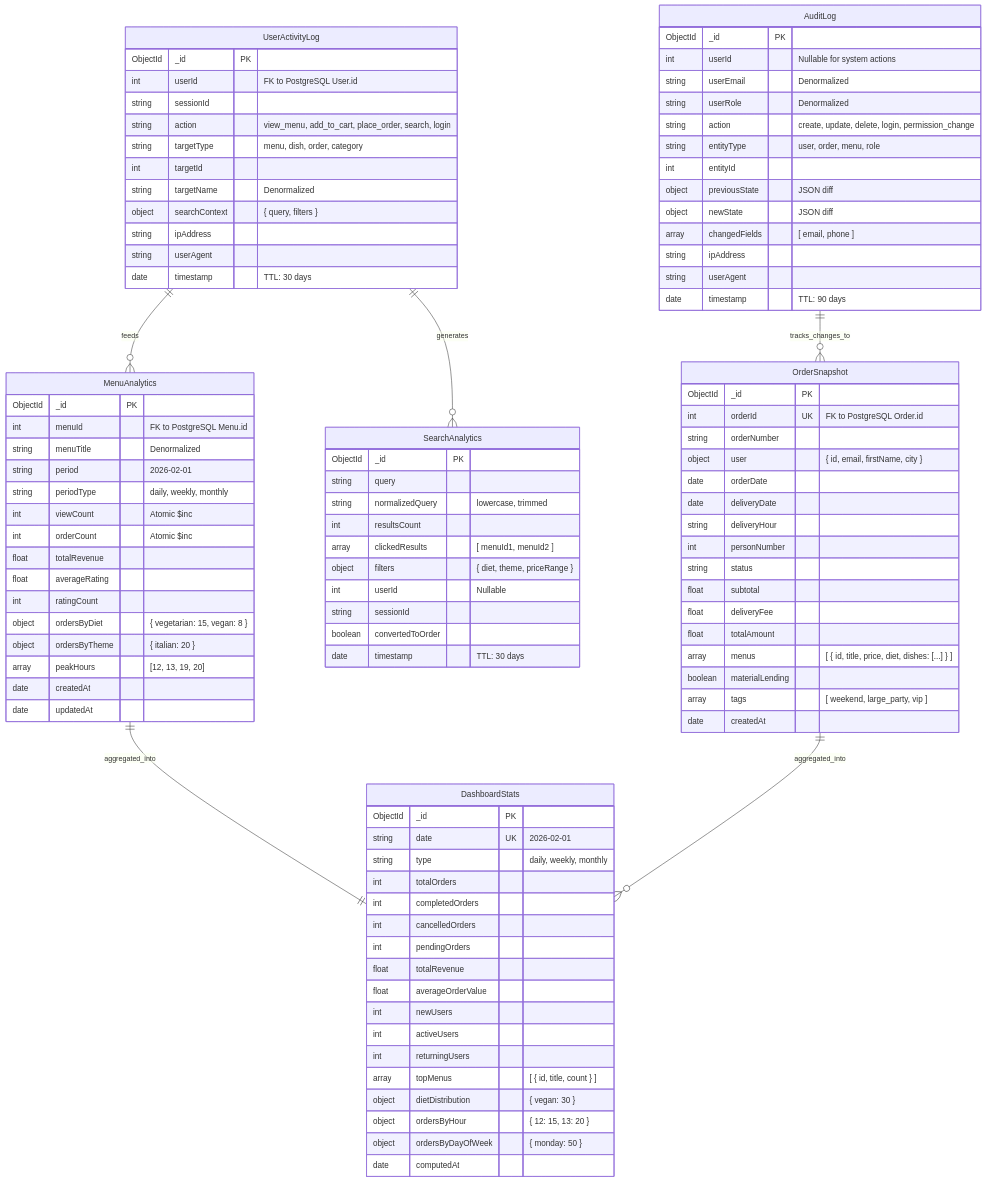
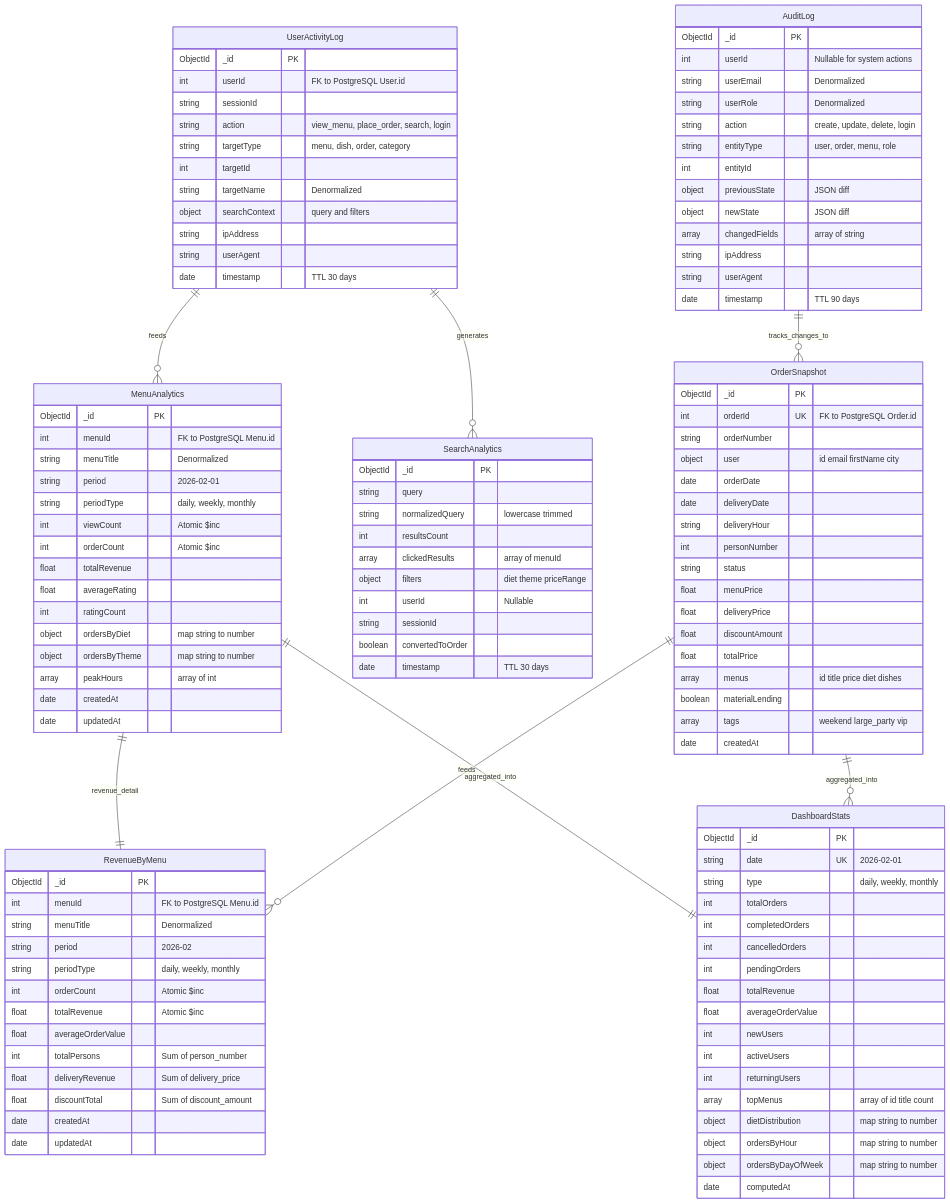
Before and after one commit to LESdylan/vite-gourmand: the diagram in docs/diagrams/nosql_database.md, drawn with Mermaid. The commit also changed other lines of this file and 13 other files, not shown here.

````diff
--- a/docs/diagrams/nosql_database.md
+++ b/docs/diagrams/nosql_database.md
@@ -53,9 +54,25 @@
         float totalRevenue
         float averageRating
         int ratingCount
-        object ordersByDiet "{ vegetarian: 15, vegan: 8 }"
-        object ordersByTheme "{ italian: 20 }"
-        array peakHours "[12, 13, 19, 20]"
+        object ordersByDiet "map string to number"
+        object ordersByTheme "map string to number"
+        array peakHours "array of int"
+        date createdAt
+        date updatedAt
+    }
+
+    RevenueByMenu {
+        ObjectId _id PK
+        int menuId "FK to PostgreSQL Menu.id"
+        string menuTitle "Denormalized"
+        string period "2026-02"
+        string periodType "daily, weekly, monthly"
+        int orderCount "Atomic $inc"
+        float totalRevenue "Atomic $inc"
+        float averageOrderValue
+        int totalPersons "Sum of person_number"
+        float deliveryRevenue "Sum of delivery_price"
+        float discountTotal "Sum of discount_amount"
         date createdAt
         date updatedAt
     }
@@ -73,24 +90,24 @@
         int newUsers
         int activeUsers
         int returningUsers
-        array topMenus "[ { id, title, count } ]"
-        object dietDistribution "{ vegan: 30 }"
-        object ordersByHour "{ 12: 15, 13: 20 }"
-        object ordersByDayOfWeek "{ monday: 50 }"
+        array topMenus "array of id title count"
+        object dietDistribution "map string to number"
+        object ordersByHour "map string to number"
+        object ordersByDayOfWeek "map string to number"
         date computedAt
     }
 
     SearchAnalytics {
         ObjectId _id PK
         string query
-        string normalizedQuery "lowercase, trimmed"
+        string normalizedQuery "lowercase trimmed"
         int resultsCount
-        array clickedResults "[ menuId1, menuId2 ]"
-        object filters "{ diet, theme, priceRange }"
+        array clickedResults "array of menuId"
+        object filters "diet theme priceRange"
         int userId "Nullable"
         string sessionId
         boolean convertedToOrder
-        date timestamp "TTL: 30 days"
+        date timestamp "TTL 30 days"
     }
 
     %% ========================================
@@ -101,14 +118,14 @@
         ObjectId _id PK
         int userId "FK to PostgreSQL User.id"
         string sessionId
-        string action "view_menu, add_to_cart, place_order, search, login"
+        string action "view_menu, place_order, search, login"
         string targetType "menu, dish, order, category"
         int targetId
         string targetName "Denormalized"
-        object searchContext "{ query, filters }"
+        object searchContext "query and filters"
         string ipAddress
         string userAgent
-        date timestamp "TTL: 30 days"
+        date timestamp "TTL 30 days"
     }
 
     %% ========================================
@@ -120,15 +137,15 @@
         int userId "Nullable for system actions"
         string userEmail "Denormalized"
         string userRole "Denormalized"
-        string action "create, update, delete, login, permission_change"
+        string action "create, update, delete, login"
         string entityType "user, order, menu, role"
         int entityId
         object previousState "JSON diff"
         object newState "JSON diff"
-        array changedFields "[ email, phone ]"
+        array changedFields "array of string"
         string ipAddress
         string userAgent
-        date timestamp "TTL: 90 days"
+        date timestamp "TTL 90 days"
     }
 
     %% ========================================
@@ -139,28 +156,31 @@
         ObjectId _id PK
         int orderId UK "FK to PostgreSQL Order.id"
         string orderNumber
-        object user "{ id, email, firstName, city }"
+        object user "id email firstName city"
         date orderDate
         date deliveryDate
         string deliveryHour
         int personNumber
         string status
-        float subtotal
-        float deliveryFee
-        float totalAmount
-        array menus "[ { id, title, price, diet, dishes: [...] } ]"
+        float menuPrice
+        float deliveryPrice
+        float discountAmount
+        float totalPrice
+        array menus "id title price diet dishes"
         boolean materialLending
-        array tags "[ weekend, large_party, vip ]"
+        array tags "weekend large_party vip"
         date createdAt
     }
 
     %% ========================================
-    %% RELATIONSHIPS (logical, not enforced)
+    %% RELATIONSHIPS (logical not enforced)
     %% ========================================
 
+    MenuAnalytics ||--|| RevenueByMenu : "revenue_detail"
     MenuAnalytics ||--|| DashboardStats : "aggregated_into"
     UserActivityLog ||--o{ SearchAnalytics : "generates"
     UserActivityLog ||--o{ MenuAnalytics : "feeds"
     OrderSnapshot ||--o{ DashboardStats : "aggregated_into"
+    OrderSnapshot ||--o{ RevenueByMenu : "feeds"
     AuditLog ||--o{ OrderSnapshot : "tracks_changes_to"
 ```
````
